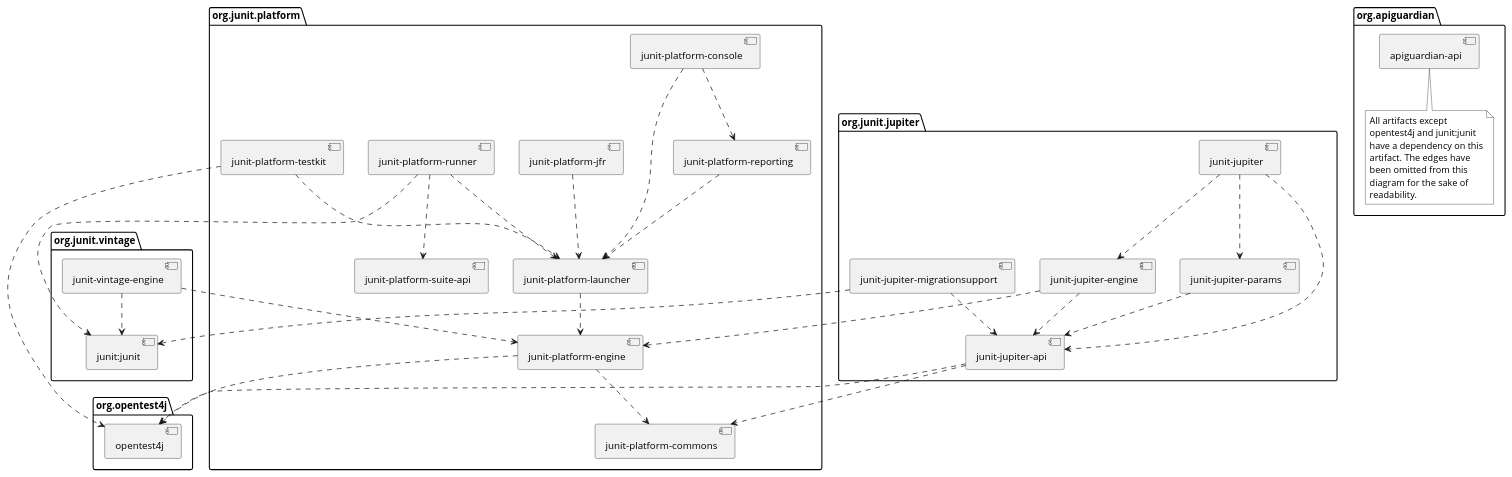
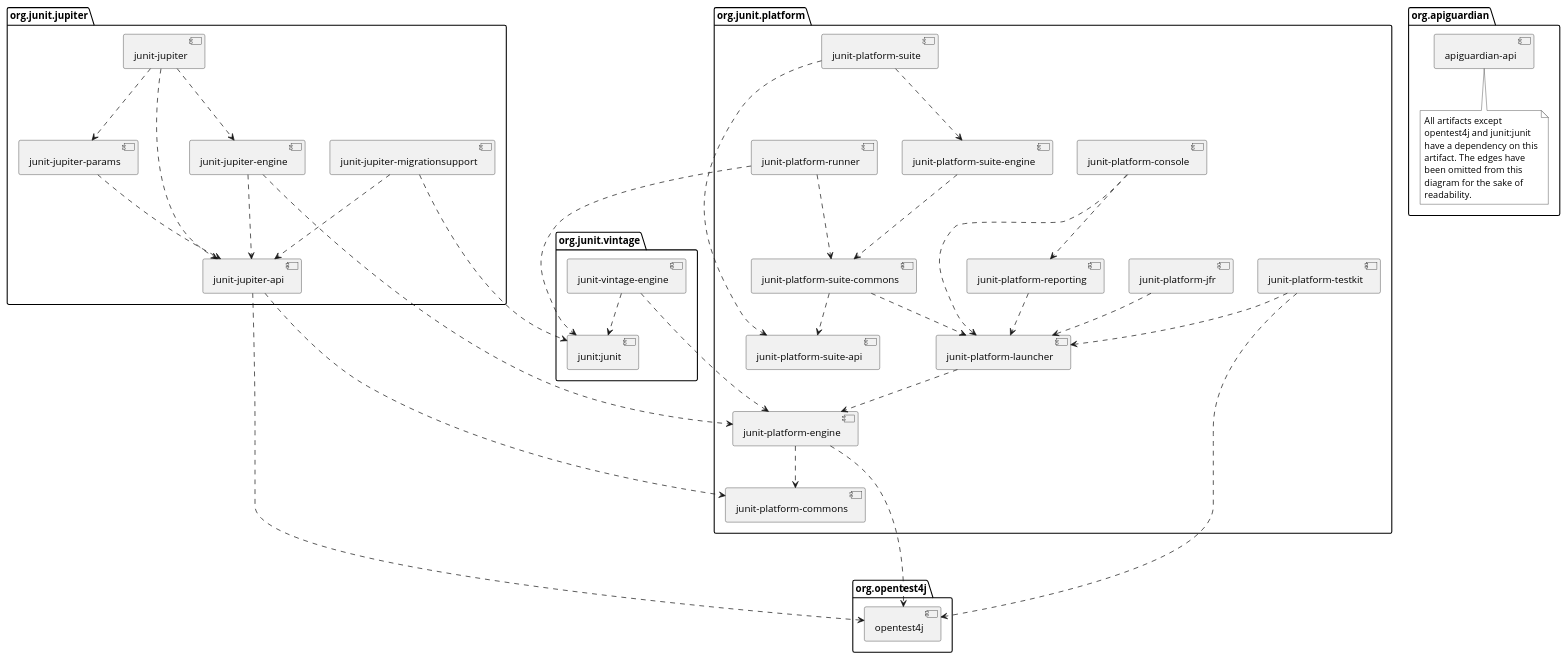
Before and after one commit to junit-team/junit5: the diagram in documentation/src/docs/asciidoc/user-guide/appendix.adoc, drawn with PlantUML. The commit also changed other lines of this file and 91 other files, not shown here.

First line of the commit message:
Introduce junit-platform-suite-engine (#2416)

```diff
--- a/documentation/src/docs/asciidoc/user-guide/appendix.adoc
+++ b/documentation/src/docs/asciidoc/user-guide/appendix.adoc
@@ -148,7 +155,10 @@
     [junit-platform-launcher] as launcher
     [junit-platform-reporting] as reporting
     [junit-platform-runner] as runner
+    [junit-platform-suite] as suite
     [junit-platform-suite-api] as suite_api
+    [junit-platform-suite-commons] as suite_commons
+    [junit-platform-suite-engine] as suite_engine
     [junit-platform-testkit] as testkit
 }
 
@@ -173,15 +183,15 @@
 jupiter ..> jupiter_params
 jupiter ..> jupiter_engine
 
-jupiter_api ..> opentest4j
-jupiter_api ..> commons
+jupiter_api ....> opentest4j
+jupiter_api ...> commons
 
-jupiter_engine ..> engine
+jupiter_engine ...> engine
 jupiter_engine ..> jupiter_api
 
 jupiter_params ..> jupiter_api
 jupiter_migration_support ..> jupiter_api
-jupiter_migration_support ..> junit4
+jupiter_migration_support ...> junit4
 
 console ..> launcher
 console ..> reporting
@@ -190,18 +200,25 @@
 
 jfr ..> launcher
 
-engine ..> opentest4j
+engine ....> opentest4j
 engine ..> commons
 
 reporting ..> launcher
 
-runner ..> launcher
-runner ..> suite_api
-runner ..> junit4
+runner ..> suite_commons
+runner ...> junit4
 
-testkit ..> opentest4j
+suite ..> suite_api
+suite ..> suite_engine
+
+suite_engine ..> suite_commons
+
+suite_commons ..> launcher
+suite_commons ..> suite_api
+
+testkit ....> opentest4j
 testkit ..> launcher
 
-vintage_engine ..> engine
+vintage_engine ...> engine
 vintage_engine ..> junit4
 ----
```
